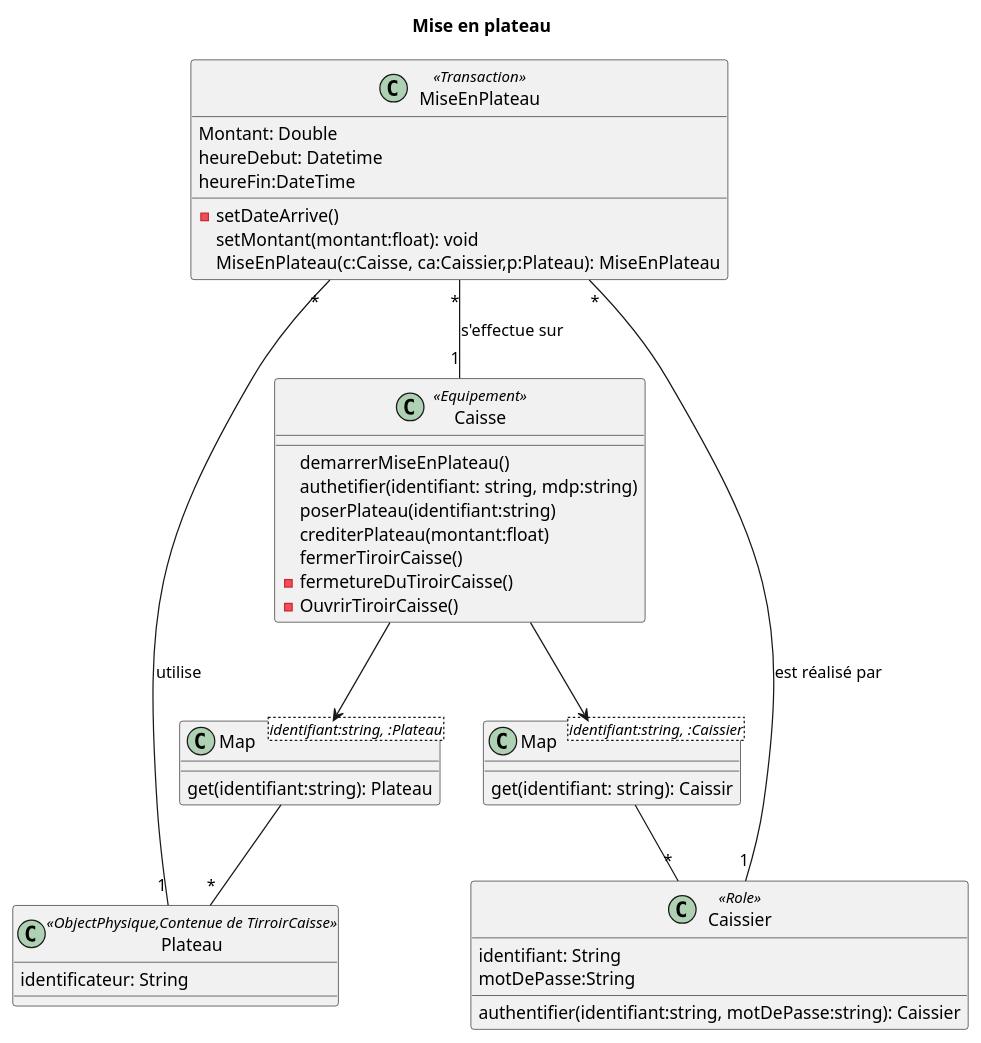
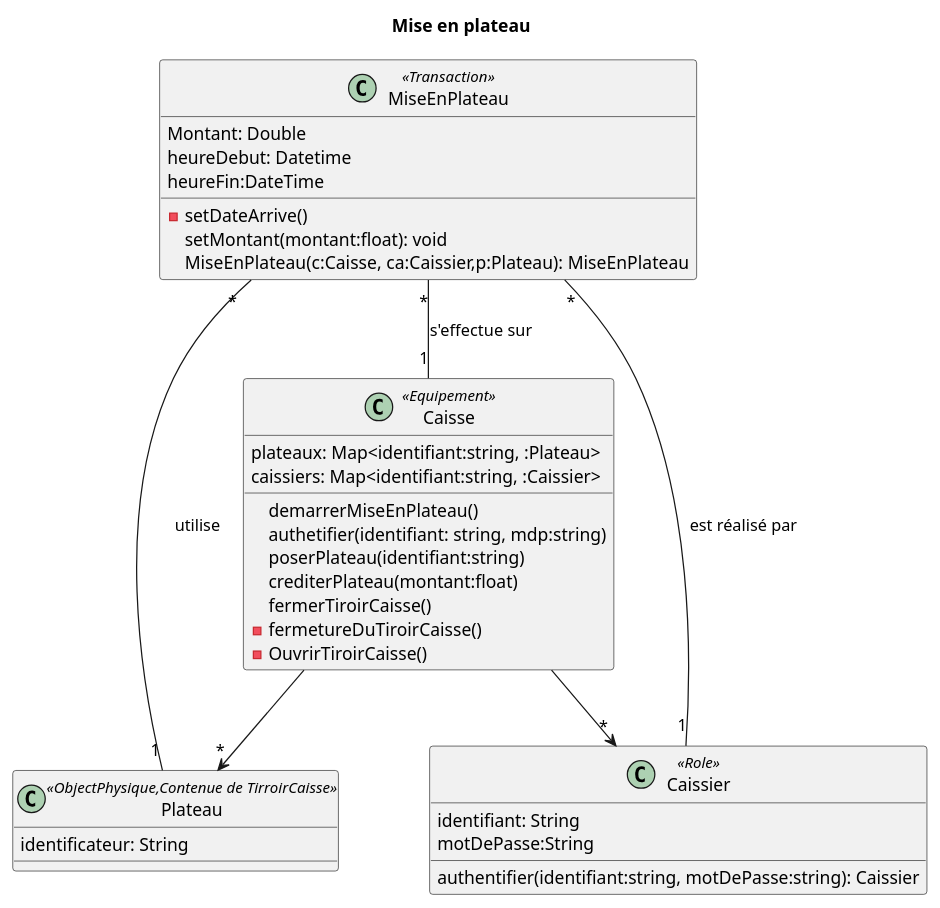
Before and after one commit to yvanross/LOG210-exercices: the ninth of 9 diagrams in ACOO/02-Systeme-de-caisse-enregistreuse-solution.md, drawn with PlantUML. The commit also changed 24 other files, not shown here.

````diff
--- a/ACOO/02-Systeme-de-caisse-enregistreuse-solution.md
+++ b/ACOO/02-Systeme-de-caisse-enregistreuse-solution.md
@@ -245,48 +245,42 @@
 ```plantuml
 @startuml
 title Mise en plateau
 class Caisse <<Equipement>> {
+  plateaux: Map<identifiant:string, :Plateau>
+  caissiers: Map<identifiant:string, :Caissier>
   demarrerMiseEnPlateau()
   authetifier(identifiant: string, mdp:string)
   poserPlateau(identifiant:string)
   crediterPlateau(montant:float)
   fermerTiroirCaisse() 
   - fermetureDuTiroirCaisse() 
   - OuvrirTiroirCaisse()
 }
 class Plateau <<ObjectPhysique,Contenue de TirroirCaisse>> {
   identificateur: String
 }
 class Caissier <<Role>> {
 identifiant: String
 motDePasse:String
 authentifier(identifiant:string, motDePasse:string): Caissier
 }
 
 
 class MiseEnPlateau<<Transaction>> {
     Montant: Double
     heureDebut: Datetime
     heureFin:DateTime
     - setDateArrive()
     setMontant(montant:float): void
     MiseEnPlateau(c:Caisse, ca:Caissier,p:Plateau): MiseEnPlateau
 }
 
-class "Map<identifiant:string, :Plateau>" as MPL {
-  get(identifiant:string): Plateau
-}
-class "Map<identifiant:string, :Caissier>" as MC{
-  get(identifiant: string): Caissir
-}
 
 MiseEnPlateau "*" -- "1" Plateau: utilise
 MiseEnPlateau "*" -- "1" Caissier: est réalisé par
 MiseEnPlateau "*" -- "1" Caisse: s'effectue sur 
-Caisse --> MPL
-Caisse --> MC
-MPL -- "*" Plateau
-MC -- "*" Caissier
+Caisse --> "*" Plateau
+Caisse --> "*" Caissier
 
 @enduml
 ```
````
